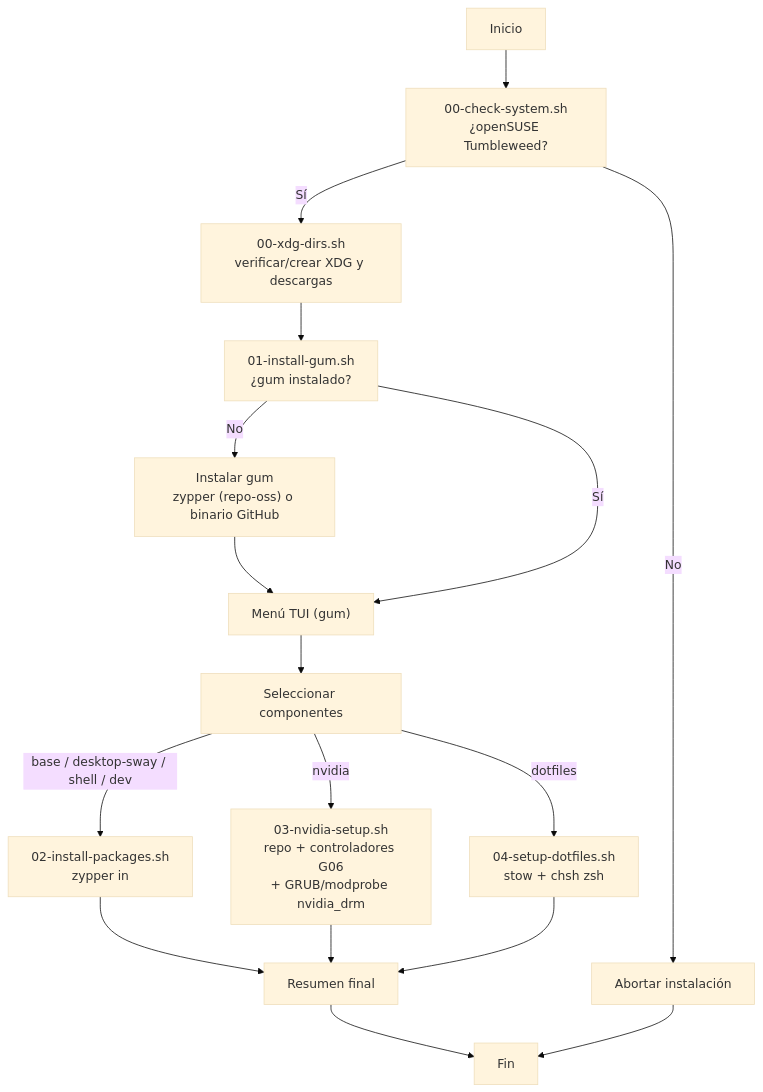
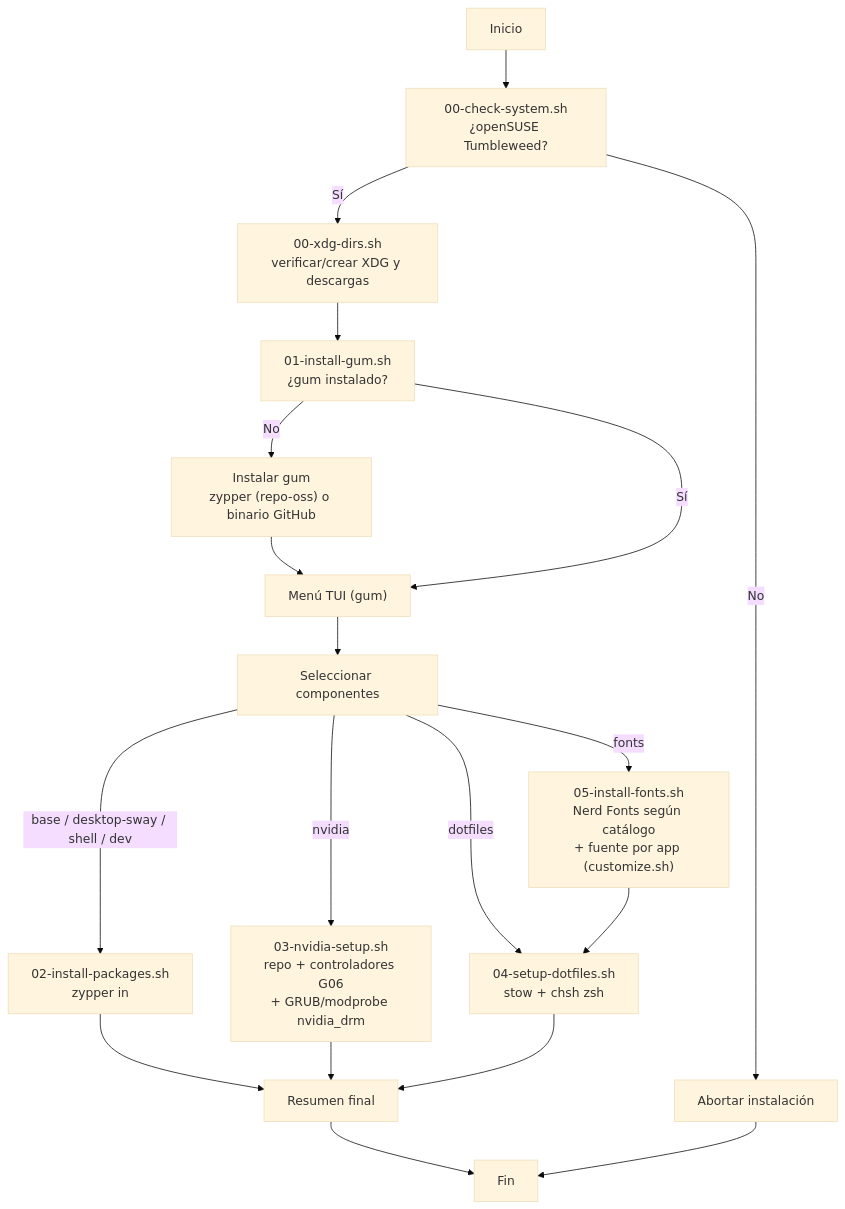
One commit to JorgeAlbertoDiaz/dotfiles changed the diagram in docs/assets/flow.mmd. Above: the diagram before and after it, drawn with Mermaid (base theme). The commit also changed 2 other files, not shown here.

Commit message:
docs: documentar componente fonts, customize.sh y flujo de instalación
Actualiza el árbol del README con 05-install-fonts.sh y config/<app>/customize.sh,
la nota de stow --ignore, las familias Nerd Font en install.sh y el nodo fonts
en el diagrama de flujo.

```diff
--- a/docs/assets/flow.mmd
+++ b/docs/assets/flow.mmd
@@ -1,17 +1,19 @@
 flowchart TD
     A[Inicio] --> B["00-check-system.sh\n¿openSUSE Tumbleweed?"]
     B -- No --> FAIL[Abortar instalación]
     B -- Sí --> X["00-xdg-dirs.sh\nverificar/crear XDG y descargas"]
     X --> C["01-install-gum.sh\n¿gum instalado?"]
     C -- No --> G["Instalar gum\nzypper (repo-oss) o binario GitHub"]
     G --> D["Menú TUI (gum)"]
     C -- Sí --> D
     D --> E["Seleccionar componentes"]
     E -- base / desktop-sway / shell / dev --> F["02-install-packages.sh\nzypper in"]
     E -- nvidia --> H["03-nvidia-setup.sh\nrepo + controladores G06\n+ GRUB/modprobe nvidia_drm"]
+    E -- fonts --> L["05-install-fonts.sh\nNerd Fonts según catálogo\n+ fuente por app (customize.sh)"]
     E -- dotfiles --> I["04-setup-dotfiles.sh\nstow + chsh zsh"]
     F --> J[Resumen final]
     H --> J
+    L --> I
     I --> J
     J --> K[Fin]
     FAIL --> K
```
